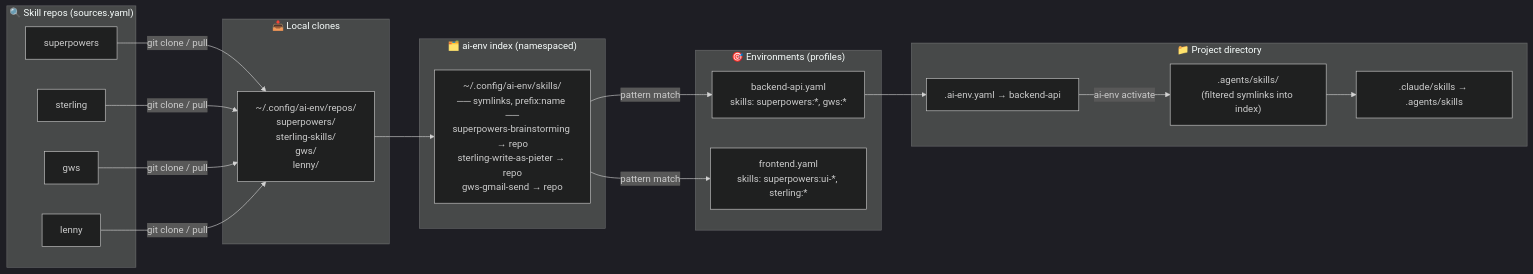
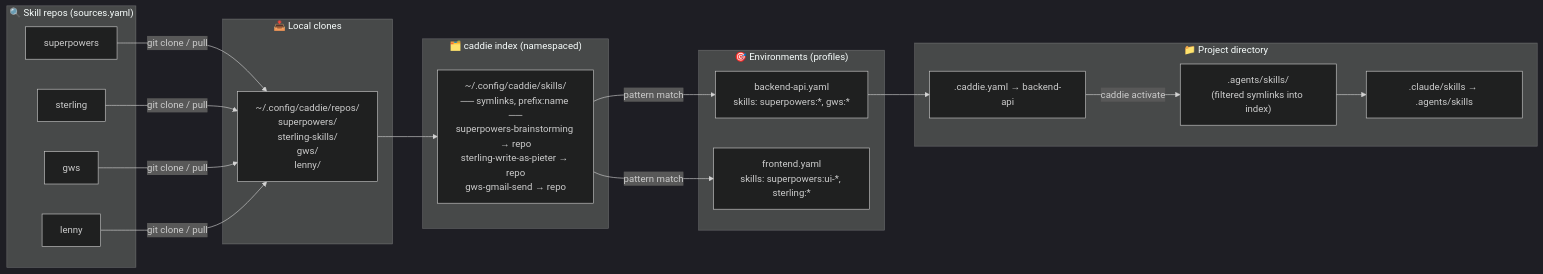
The diagram in docs/OVERVIEW.md (Portauw/caddie), drawn with Mermaid (dark theme) before and after one commit. The commit also changed other lines of this file and 21 other files, not shown here.

First line of the commit message:
chore: rename ai-env → caddie

````diff
--- a/docs/OVERVIEW.md
+++ b/docs/OVERVIEW.md
@@ -57,34 +57,34 @@
 ```mermaid
 flowchart LR
     subgraph S["🔍 Skill repos (sources.yaml)"]
         S1["superpowers"]
         S2["sterling"]
         S3["gws"]
         S4["lenny"]
     end
 
     subgraph R["📥 Local clones"]
-        RC["~/.config/ai-env/repos/<br/>superpowers/<br/>sterling-skills/<br/>gws/<br/>lenny/"]
+        RC["~/.config/caddie/repos/<br/>superpowers/<br/>sterling-skills/<br/>gws/<br/>lenny/"]
     end
 
-    subgraph I["🗂️ ai-env index (namespaced)"]
-        IX["~/.config/ai-env/skills/<br/>── symlinks, prefix:name ──<br/>superpowers-brainstorming → repo<br/>sterling-write-as-pieter → repo<br/>gws-gmail-send → repo"]
+    subgraph I["🗂️ caddie index (namespaced)"]
+        IX["~/.config/caddie/skills/<br/>── symlinks, prefix:name ──<br/>superpowers-brainstorming → repo<br/>sterling-write-as-pieter → repo<br/>gws-gmail-send → repo"]
     end
 
     subgraph E["🎯 Environments (profiles)"]
         E1["backend-api.yaml<br/>skills: superpowers:*, gws:*"]
         E2["frontend.yaml<br/>skills: superpowers:ui-*, sterling:*"]
     end
 
     subgraph P["📁 Project directory"]
-        P1[".ai-env.yaml → backend-api"]
+        P1[".caddie.yaml → backend-api"]
         PA[".agents/skills/<br/>(filtered symlinks into index)"]
         PC[".claude/skills → .agents/skills"]
     end
 
     S1 & S2 & S3 & S4 -->|git clone / pull| RC --> IX
     IX -->|pattern match| E1 & E2
     E1 --> P1
-    P1 -->|ai-env activate| PA
+    P1 -->|caddie activate| PA
     PA --> PC
 ```
````
